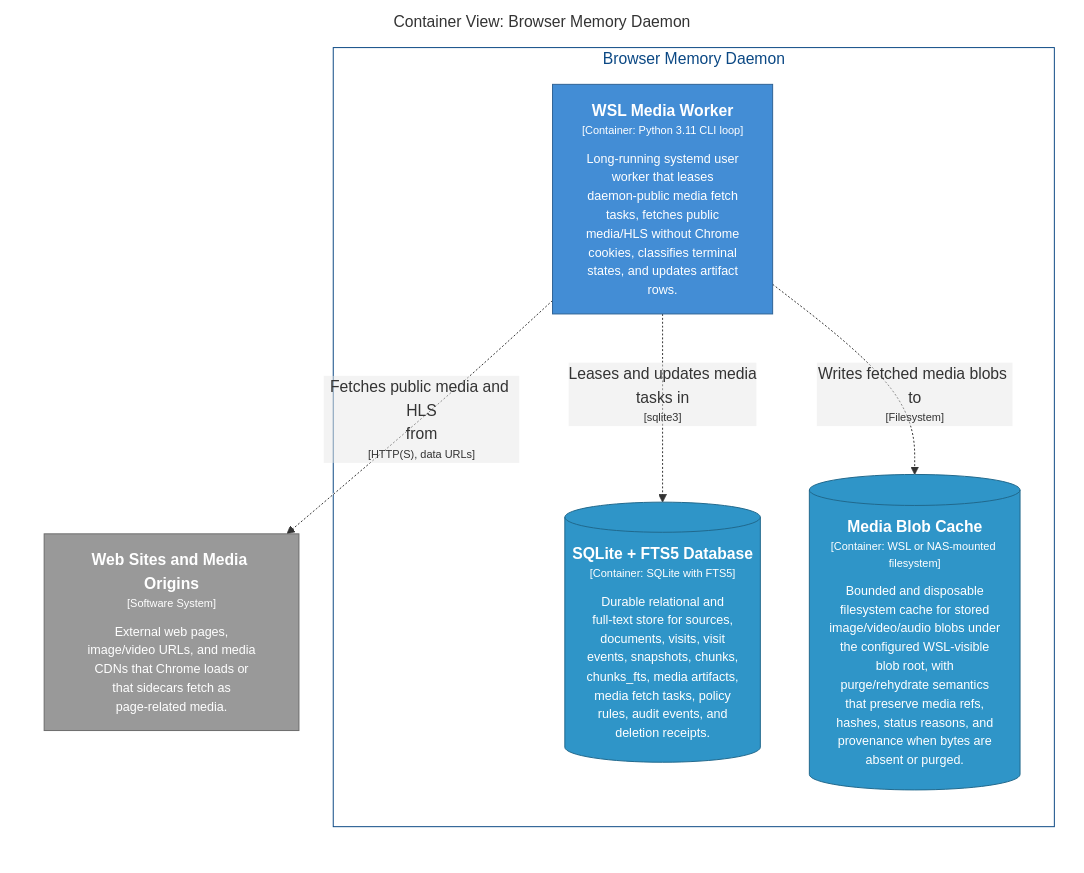
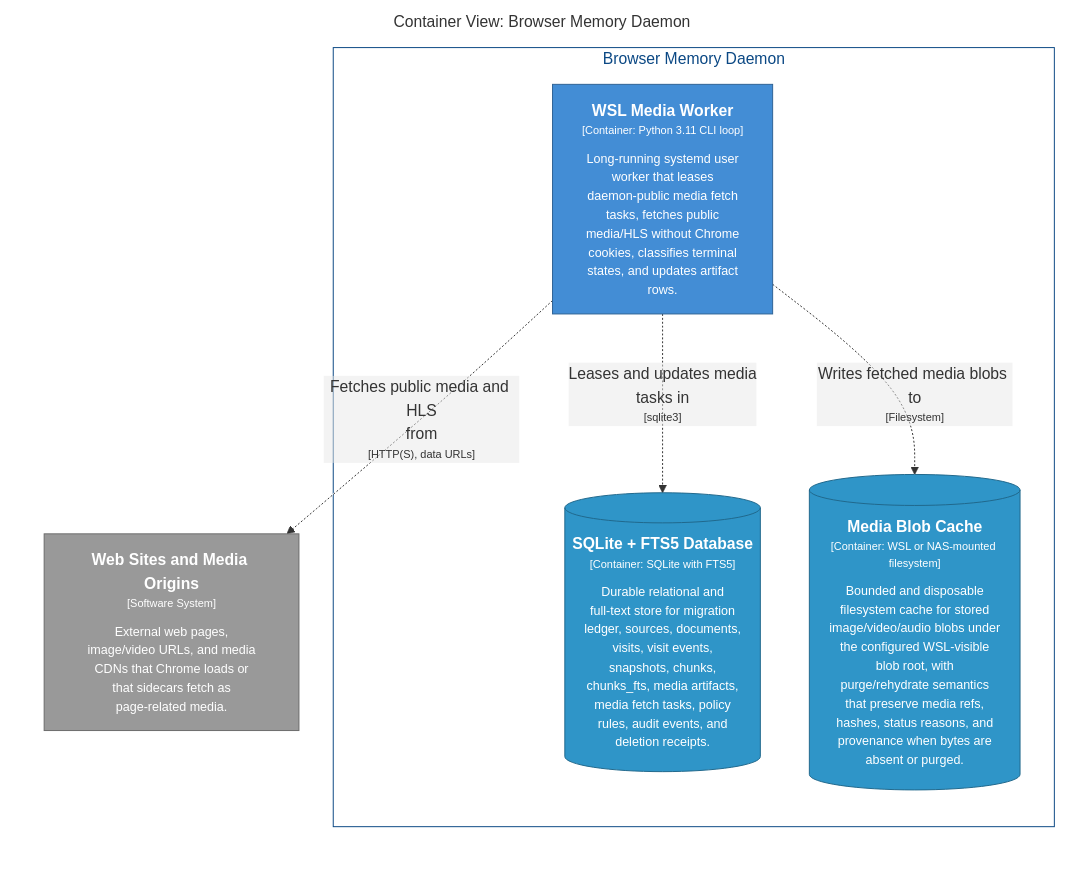
One commit to michaelnicks0/browser-memory-daemon changed the diagram in docs/architecture/diagrams/markdown/DaemonMediaWorkerContainers.md. Above: the diagram before and after it, drawn with Mermaid. The commit also changed 180 other files, not shown here.

Commit message:
feat(db): add versioned migration ledger and compatibility checks

````diff
--- a/docs/architecture/diagrams/markdown/DaemonMediaWorkerContainers.md
+++ b/docs/architecture/diagrams/markdown/DaemonMediaWorkerContainers.md
@@ -16,27 +16,27 @@
 ```mermaid
 graph LR
   linkStyle default fill:#ffffff
 
   subgraph diagram ["Container View: Browser Memory Daemon"]
     style diagram fill:#ffffff,stroke:#ffffff
 
     3["<div style='font-weight: bold'>Web Sites and Media Origins</div><div style='font-size: 70%; margin-top: 0px'>[Software System]</div><div style='font-size: 80%; margin-top:10px'>External web pages,<br />image/video URLs, and media<br />CDNs that Chrome loads or<br />that sidecars fetch as<br />page-related media.</div>"]
     style 3 fill:#999999,stroke:#6b6b6b,color:#ffffff
 
     subgraph 4 ["Browser Memory Daemon"]
       style 4 fill:#ffffff,stroke:#0b4884,color:#0b4884
 
-      24["<div style='font-weight: bold'>WSL Media Worker</div><div style='font-size: 70%; margin-top: 0px'>[Container: Python 3.11 CLI loop]</div><div style='font-size: 80%; margin-top:10px'>Long-running systemd user<br />worker that leases<br />daemon-public media fetch<br />tasks, fetches public<br />media/HLS without Chrome<br />cookies, classifies terminal<br />states, and updates artifact<br />rows.</div>"]
-      style 24 fill:#438dd5,stroke:#2e6295,color:#ffffff
-      27[("<div style='font-weight: bold'>SQLite + FTS5 Database</div><div style='font-size: 70%; margin-top: 0px'>[Container: SQLite with FTS5]</div><div style='font-size: 80%; margin-top:10px'>Durable relational and<br />full-text store for sources,<br />documents, visits, visit<br />events, snapshots, chunks,<br />chunks_fts, media artifacts,<br />media fetch tasks, policy<br />rules, audit events, and<br />deletion receipts.</div>")]
-      style 27 fill:#2f95c8,stroke:#20688c,color:#ffffff
-      29[("<div style='font-weight: bold'>Media Blob Cache</div><div style='font-size: 70%; margin-top: 0px'>[Container: WSL or NAS-mounted filesystem]</div><div style='font-size: 80%; margin-top:10px'>Bounded and disposable<br />filesystem cache for stored<br />image/video/audio blobs under<br />the configured WSL-visible<br />blob root, with<br />purge/rehydrate semantics<br />that preserve media refs,<br />hashes, status reasons, and<br />provenance when bytes are<br />absent or purged.</div>")]
-      style 29 fill:#2f95c8,stroke:#20688c,color:#ffffff
+      25["<div style='font-weight: bold'>WSL Media Worker</div><div style='font-size: 70%; margin-top: 0px'>[Container: Python 3.11 CLI loop]</div><div style='font-size: 80%; margin-top:10px'>Long-running systemd user<br />worker that leases<br />daemon-public media fetch<br />tasks, fetches public<br />media/HLS without Chrome<br />cookies, classifies terminal<br />states, and updates artifact<br />rows.</div>"]
+      style 25 fill:#438dd5,stroke:#2e6295,color:#ffffff
+      28[("<div style='font-weight: bold'>SQLite + FTS5 Database</div><div style='font-size: 70%; margin-top: 0px'>[Container: SQLite with FTS5]</div><div style='font-size: 80%; margin-top:10px'>Durable relational and<br />full-text store for migration<br />ledger, sources, documents,<br />visits, visit events,<br />snapshots, chunks,<br />chunks_fts, media artifacts,<br />media fetch tasks, policy<br />rules, audit events, and<br />deletion receipts.</div>")]
+      style 28 fill:#2f95c8,stroke:#20688c,color:#ffffff
+      30[("<div style='font-weight: bold'>Media Blob Cache</div><div style='font-size: 70%; margin-top: 0px'>[Container: WSL or NAS-mounted filesystem]</div><div style='font-size: 80%; margin-top:10px'>Bounded and disposable<br />filesystem cache for stored<br />image/video/audio blobs under<br />the configured WSL-visible<br />blob root, with<br />purge/rehydrate semantics<br />that preserve media refs,<br />hashes, status reasons, and<br />provenance when bytes are<br />absent or purged.</div>")]
+      style 30 fill:#2f95c8,stroke:#20688c,color:#ffffff
     end
 
-    24-. "<div>Leases and updates media<br />tasks in</div><div style='font-size: 70%'>[sqlite3]</div>" .->27
-    24-. "<div>Fetches public media and HLS<br />from</div><div style='font-size: 70%'>[HTTP(S), data URLs]</div>" .->3
-    24-. "<div>Writes fetched media blobs to</div><div style='font-size: 70%'>[Filesystem]</div>" .->29
+    25-. "<div>Leases and updates media<br />tasks in</div><div style='font-size: 70%'>[sqlite3]</div>" .->28
+    25-. "<div>Fetches public media and HLS<br />from</div><div style='font-size: 70%'>[HTTP(S), data URLs]</div>" .->3
+    25-. "<div>Writes fetched media blobs to</div><div style='font-size: 70%'>[Filesystem]</div>" .->30
 
   end
 ```
````
